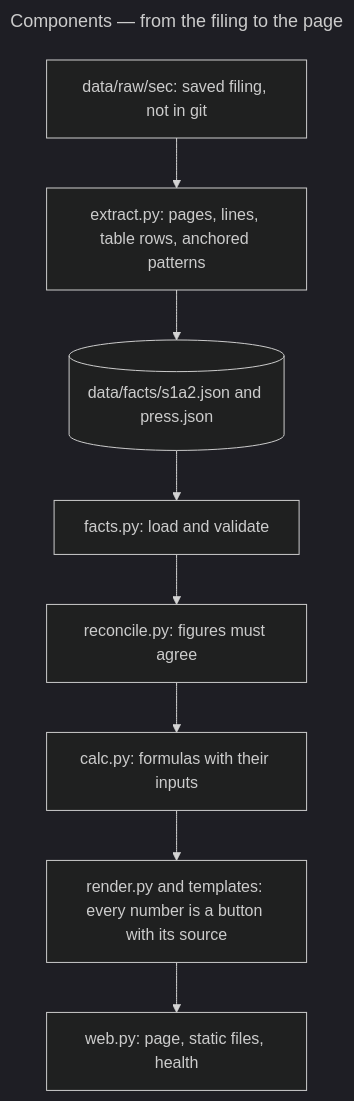
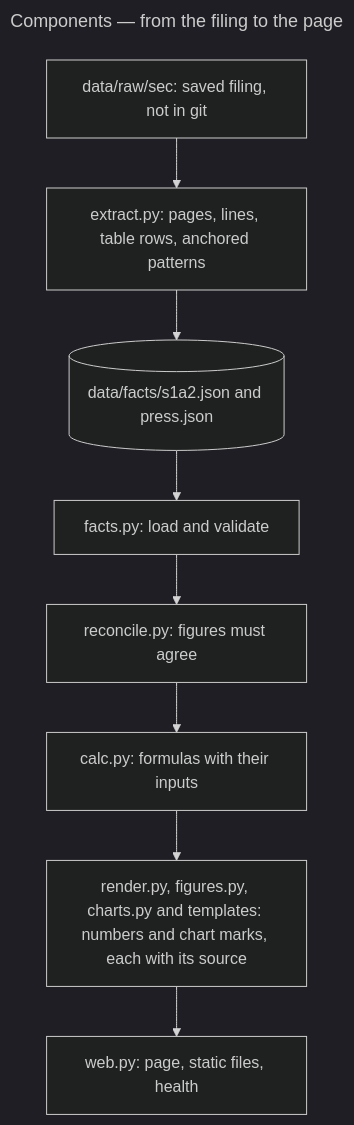
The second of 3 diagrams in ARCHITECTURE.md (sonixz/monitor-anthropic-ipo), drawn with Mermaid (dark theme) before and after one commit. The commit also changed other lines of this file and 15 other files, not shown here.

First line of the commit message:
feat: add charts and a phone-first layout

````diff
--- a/ARCHITECTURE.md
+++ b/ARCHITECTURE.md
@@ -35,15 +35,15 @@
 ```mermaid
 ---
 title: Components — from the filing to the page
 ---
 flowchart TB
   raw["data/raw/sec: saved filing, not in git"]
   extract["extract.py: pages, lines, table rows, anchored patterns"]
   facts[("data/facts/s1a2.json and press.json")]
   load["facts.py: load and validate"]
   reconcile["reconcile.py: figures must agree"]
   calc["calc.py: formulas with their inputs"]
-  render["render.py and templates: every number is a button with its source"]
+  render["render.py, figures.py, charts.py and templates: numbers and chart marks, each with its source"]
   web["web.py: page, static files, health"]
   raw --> extract --> facts --> load --> reconcile --> calc --> render --> web
 ```
````
